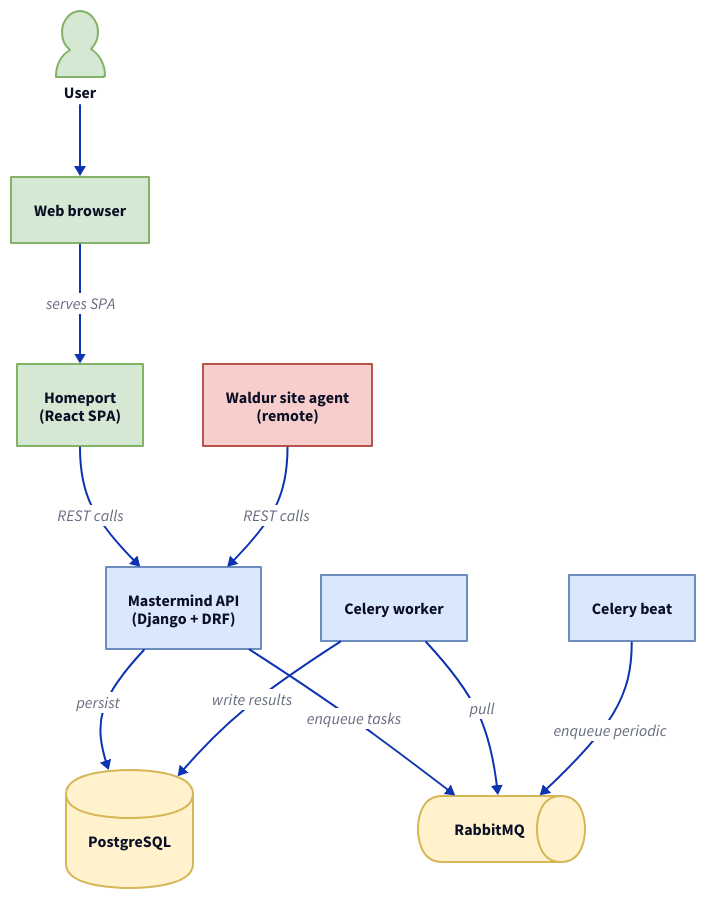
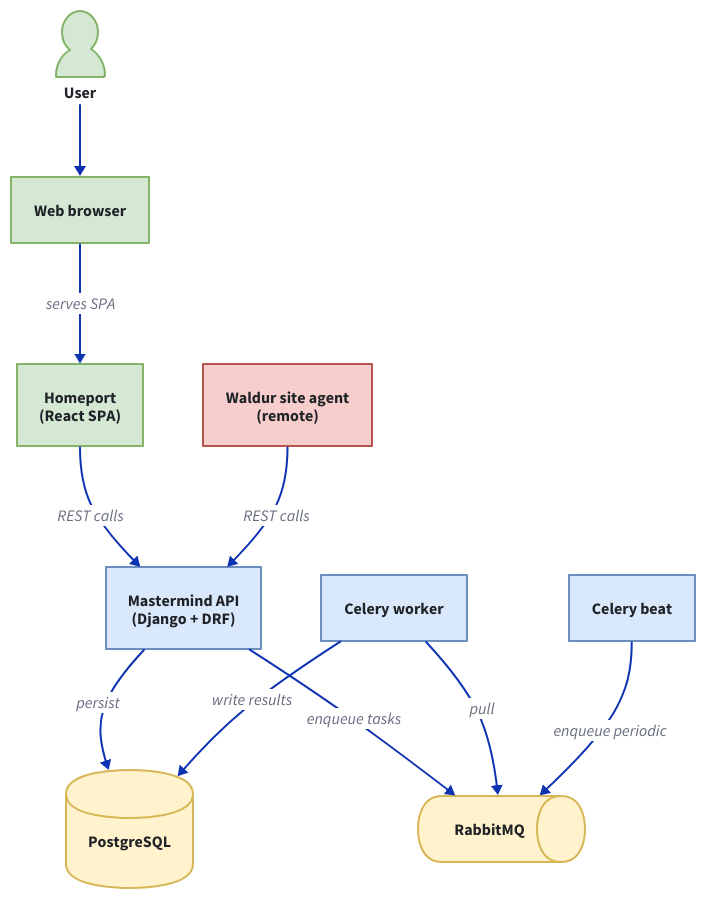
The diagram in docs/admin-guide/architecture.md (waldur/waldur-docs), drawn with D2 before and after one commit. The commit also changed 51 other files, not shown here.

Commit message:
Group docs navigation into reader-task tabs, fix dead links and unreadable diagrams [#30] [#31]

````diff
--- a/docs/admin-guide/architecture.md
+++ b/docs/admin-guide/architecture.md
@@ -19,29 +19,29 @@
 ```d2
 direction: down
 classes: {
-  frontend:      { style: { fill: "#d5e8d4"; stroke: "#82b366" } }
-  backend:       { style: { fill: "#dae8fc"; stroke: "#6c8ebf" } }
-  infra:         { style: { fill: "#fff2cc"; stroke: "#d6b656" } }
-  agent:         { style: { fill: "#f8cecc"; stroke: "#b85450" } }
+  frontend:      { style: { fill: "#d5e8d4"; font-color: "#1f2328"; stroke: "#82b366" } }
+  backend:       { style: { fill: "#dae8fc"; font-color: "#1f2328"; stroke: "#6c8ebf" } }
+  infra:         { style: { fill: "#fff2cc"; font-color: "#1f2328"; stroke: "#d6b656" } }
+  agent:         { style: { fill: "#f8cecc"; font-color: "#1f2328"; stroke: "#b85450" } }
 }
 
 user: User { class: frontend; shape: person }
 browser: Web browser { class: frontend }
 homeport: Homeport\n(React SPA) { class: frontend }
 api: Mastermind API\n(Django + DRF) { class: backend }
 worker: Celery worker { class: backend }
 beat: Celery beat { class: backend }
 db: PostgreSQL { class: infra; shape: cylinder }
 queue: RabbitMQ { class: infra; shape: queue }
 agent: Waldur site agent\n(remote) { class: agent }
 
 user -> browser
 browser -> homeport: serves SPA
 homeport -> api: REST calls
 agent -> api: REST calls
 api -> db: persist
 api -> queue: enqueue tasks
 worker -> queue: pull
 worker -> db: write results
 beat -> queue: enqueue periodic
 ```
````
